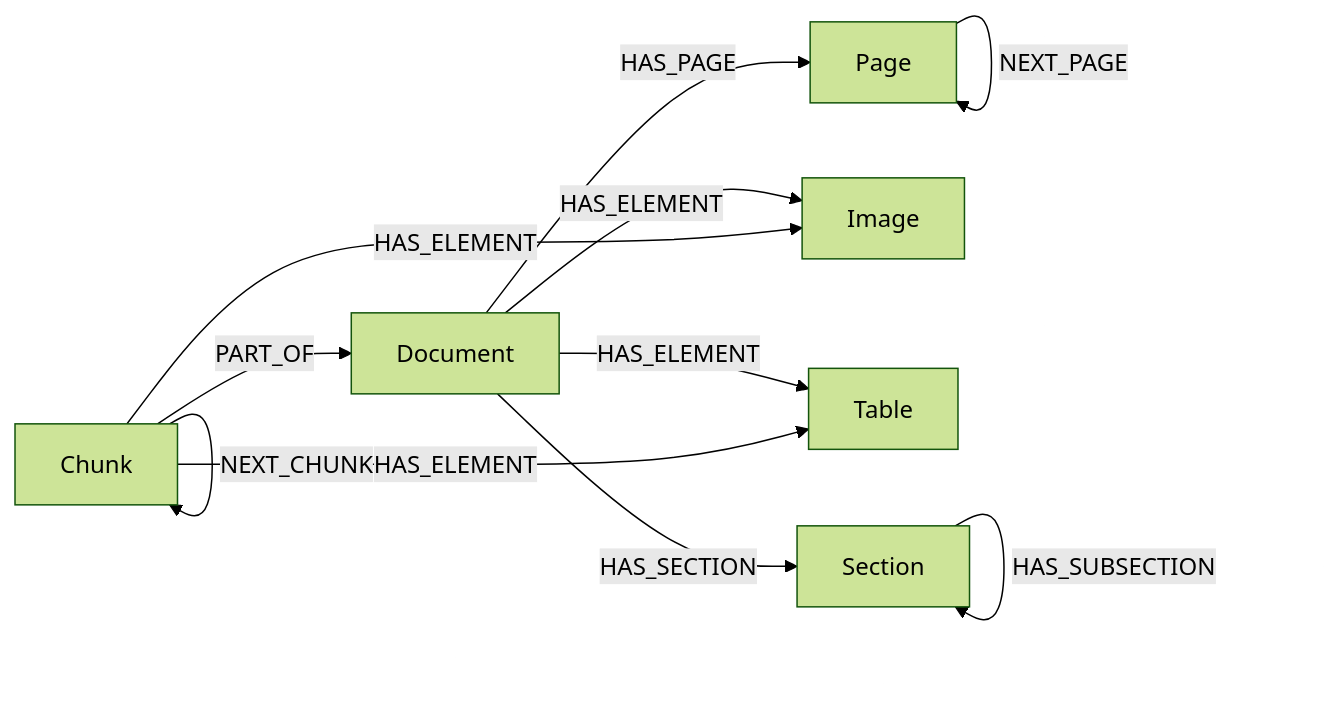
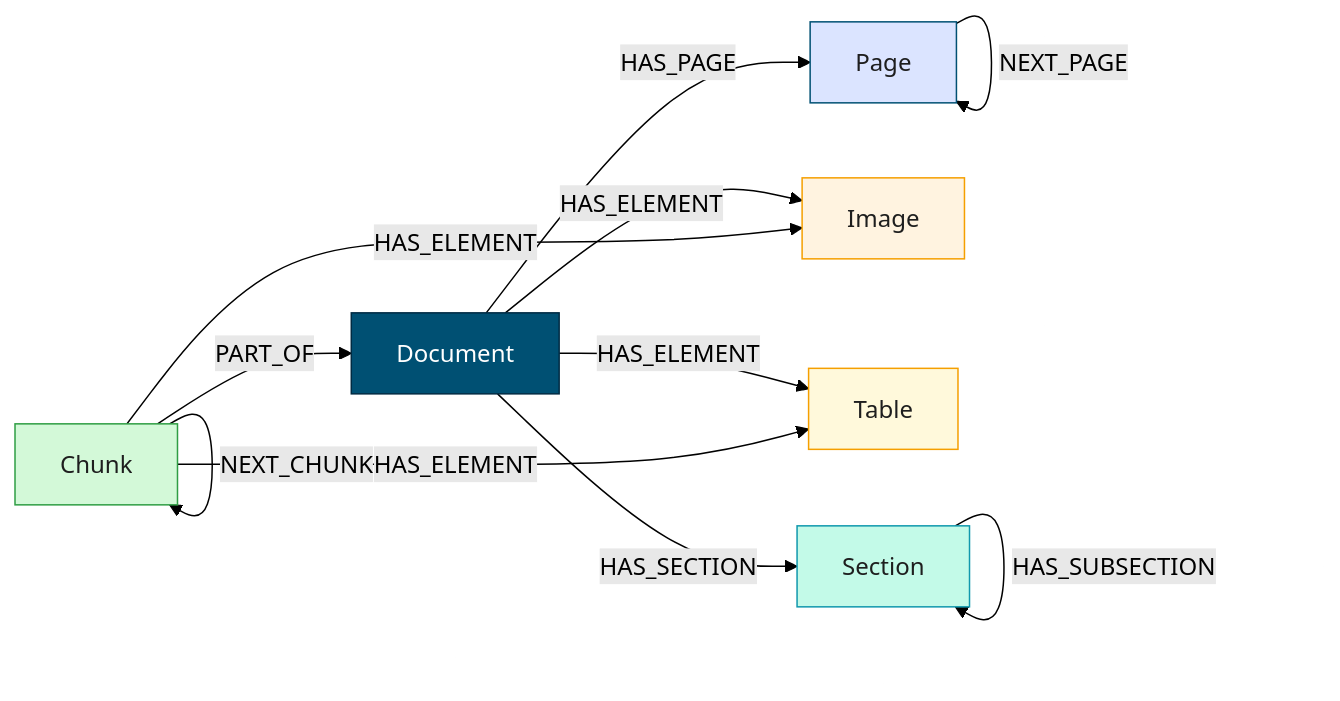
Before and after one commit to joy-neo4j/graph-intelligence-agent: the diagram in mcp-neo4j-lexical-graph/README.md, drawn with Mermaid (forest theme). The commit also changed 1 other file, not shown here.

First paragraph of the commit message:
style(diagrams): restyle all Mermaid diagrams for contrast and colour
Fix light-on-light and dark-on-dark contrast issues across all Mermaid
diagrams. Replace muted/near-invisible fills with vibrant Neo4j palette.

````diff
--- a/mcp-neo4j-lexical-graph/README.md
+++ b/mcp-neo4j-lexical-graph/README.md
@@ -9,13 +9,19 @@
 ```mermaid
 graph LR
     Doc[Document] -->|HAS_PAGE| Page
     Doc -->|HAS_ELEMENT| Img[Image]
     Doc -->|HAS_ELEMENT| Tbl[Table]
     Doc -->|HAS_SECTION| Sec[Section]
     Sec -->|HAS_SUBSECTION| Sec
     Chunk -->|PART_OF| Doc
     Chunk -->|NEXT_CHUNK| Chunk
     Chunk -->|HAS_ELEMENT| Img
     Chunk -->|HAS_ELEMENT| Tbl
     Page -->|NEXT_PAGE| Page
+    style Doc fill:#005073,stroke:#002B43,color:#fff
+    style Page fill:#dbe4ff,stroke:#005073,color:#1e1e1e
+    style Sec fill:#c3fae8,stroke:#1098ad,color:#1e1e1e
+    style Chunk fill:#d3f9d8,stroke:#2f9e44,color:#1e1e1e
+    style Img fill:#fff3e0,stroke:#f59f00,color:#1e1e1e
+    style Tbl fill:#fff9db,stroke:#f59f00,color:#1e1e1e
 ```
````
